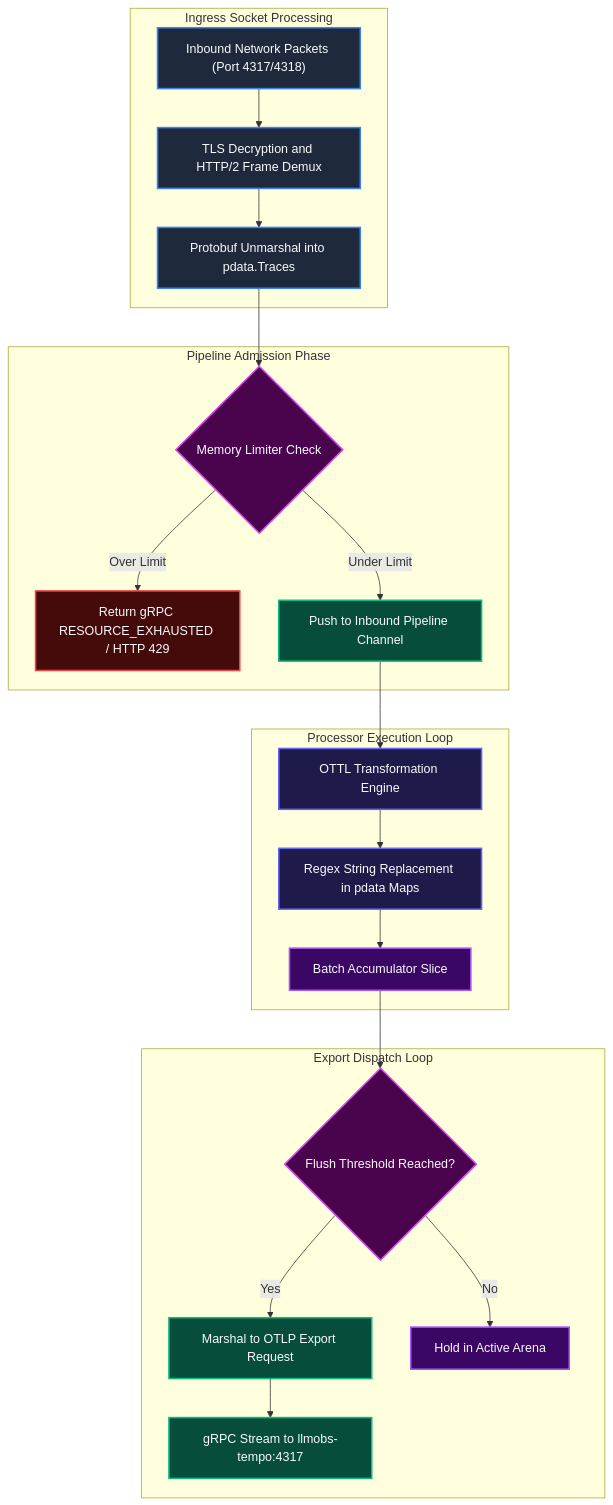
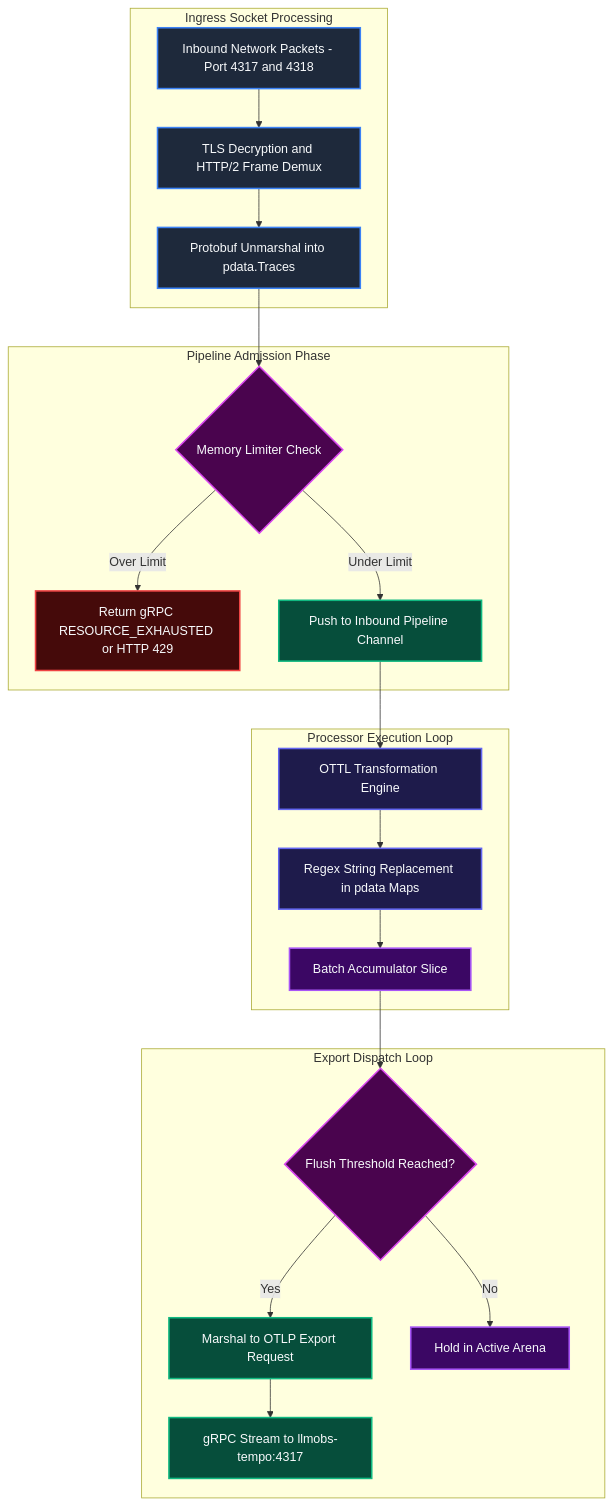
One commit to Chief-Strategist-J/llm-obs-infra changed the second of 22 diagrams in docs/configDoc/otel-collector-configuration-guide.md. Above: the diagram before and after it, drawn with Mermaid. The commit also changed other lines of this file, not shown here.

Commit message:
fix(docs): resolve all Mermaid diagram syntax and layout rendering issues in otel configuration guide

````diff
--- a/docs/configDoc/otel-collector-configuration-guide.md
+++ b/docs/configDoc/otel-collector-configuration-guide.md
@@ -565,40 +565,54 @@
 ```mermaid
 graph TD
     subgraph SocketRead ["Ingress Socket Processing"]
-        TCPPacket["Inbound Network Packets (Port 4317/4318)"] --> TLSDecrypt["TLS Decryption and HTTP/2 Frame Demux"]
-        TLSDecrypt --> ProtoParse["Protobuf Unmarshal into pdata.Traces"]
+        TCPPacket["Inbound Network Packets - Port 4317 and 4318"]
+        TLSDecrypt["TLS Decryption and HTTP/2 Frame Demux"]
+        ProtoParse["Protobuf Unmarshal into pdata.Traces"]
+        TCPPacket --> TLSDecrypt
+        TLSDecrypt --> ProtoParse
     end
 
     subgraph AdmissionGate ["Pipeline Admission Phase"]
-        ProtoParse --> LimiterEval{"Memory Limiter Check"}
-        LimiterEval -->|Over Limit| RejectBackpressure["Return gRPC RESOURCE_EXHAUSTED / HTTP 429"]
-        LimiterEval -->|Under Limit| ChannelPush["Push to Inbound Pipeline Channel"]
+        LimiterEval{"Memory Limiter Check"}
+        RejectBackpressure["Return gRPC RESOURCE_EXHAUSTED or HTTP 429"]
+        ChannelPush["Push to Inbound Pipeline Channel"]
+        LimiterEval -->|Over Limit| RejectBackpressure
+        LimiterEval -->|Under Limit| ChannelPush
     end
 
     subgraph ProcessorWorker ["Processor Execution Loop"]
-        ChannelPush --> OTTLWorker["OTTL Transformation Engine"]
-        OTTLWorker --> RegexExec["Regex String Replacement in pdata Maps"]
-        RegexExec --> BatchWorker["Batch Accumulator Slice"]
+        OTTLWorker["OTTL Transformation Engine"]
+        RegexExec["Regex String Replacement in pdata Maps"]
+        BatchWorker["Batch Accumulator Slice"]
+        OTTLWorker --> RegexExec
+        RegexExec --> BatchWorker
     end
 
     subgraph ExportDispatch ["Export Dispatch Loop"]
-        BatchWorker --> FlushTrigger{"Flush Threshold Reached?"}
-        FlushTrigger -->|Yes| MarshalExport["Marshal to OTLP Export Request"]
-        FlushTrigger -->|No| HoldBuffer["Hold in Active Arena"]
-        MarshalExport --> OutboundNet["gRPC Stream to llmobs-tempo:4317"]
+        FlushTrigger{"Flush Threshold Reached?"}
+        MarshalExport["Marshal to OTLP Export Request"]
+        HoldBuffer["Hold in Active Arena"]
+        OutboundNet["gRPC Stream to llmobs-tempo:4317"]
+        FlushTrigger -->|Yes| MarshalExport
+        FlushTrigger -->|No| HoldBuffer
+        MarshalExport --> OutboundNet
     end
+
+    ProtoParse --> LimiterEval
+    ChannelPush --> OTTLWorker
+    BatchWorker --> FlushTrigger
 
     style TCPPacket fill:#1e293b,stroke:#3b82f6,stroke-width:2px,color:#f8fafc
     style TLSDecrypt fill:#1e293b,stroke:#3b82f6,stroke-width:2px,color:#f8fafc
     style ProtoParse fill:#1e293b,stroke:#3b82f6,stroke-width:2px,color:#f8fafc
     style LimiterEval fill:#4a044e,stroke:#d946ef,stroke-width:2px,color:#f8fafc
     style RejectBackpressure fill:#450a0a,stroke:#ef4444,stroke-width:2px,color:#f8fafc
     style ChannelPush fill:#064e3b,stroke:#10b981,stroke-width:2px,color:#f8fafc
     style OTTLWorker fill:#1e1b4b,stroke:#6366f1,stroke-width:2px,color:#f8fafc
     style RegexExec fill:#1e1b4b,stroke:#6366f1,stroke-width:2px,color:#f8fafc
     style BatchWorker fill:#3b0764,stroke:#a855f7,stroke-width:2px,color:#f8fafc
     style FlushTrigger fill:#4a044e,stroke:#d946ef,stroke-width:2px,color:#f8fafc
     style HoldBuffer fill:#3b0764,stroke:#a855f7,stroke-width:2px,color:#f8fafc
     style MarshalExport fill:#064e3b,stroke:#10b981,stroke-width:2px,color:#f8fafc
     style OutboundNet fill:#064e3b,stroke:#10b981,stroke-width:2px,color:#f8fafc
 ```
````
